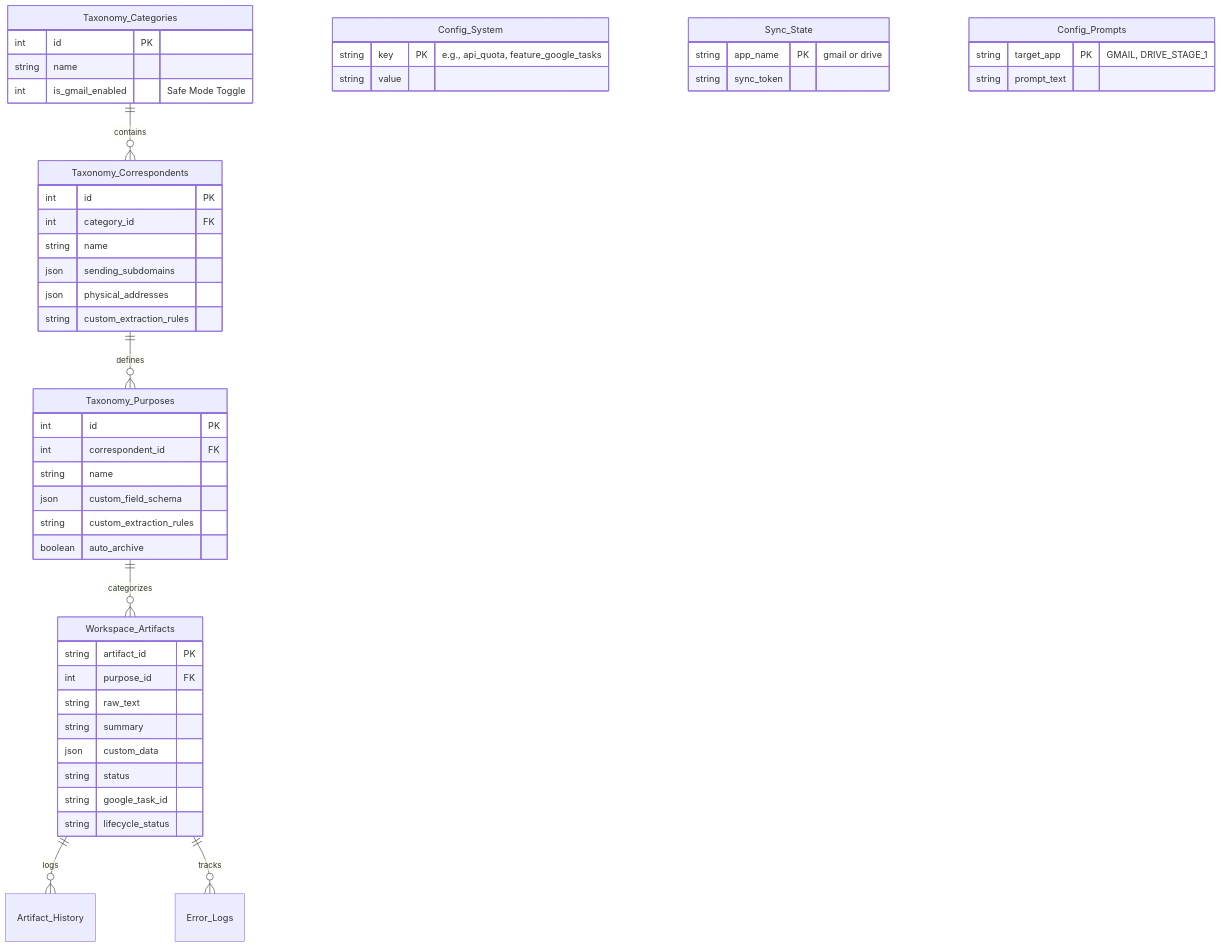
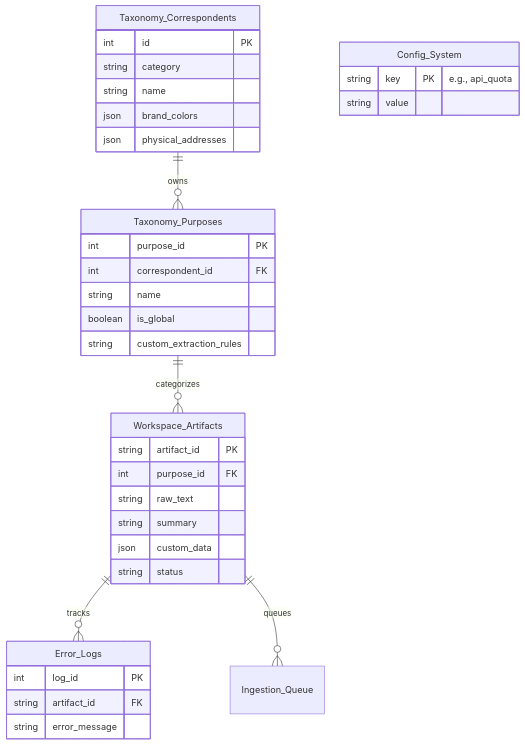
Before and after one commit to FrankXLT/Nexus-Hub-for-Google: the third of 6 diagrams in README.md, drawn with Mermaid. The commit also changed other lines of this file, not shown here.

````diff
--- a/README.md
+++ b/README.md
@@ -198,52 +187,39 @@
 ```mermaid
 erDiagram
-    Taxonomy_Categories ||--o{ Taxonomy_Correspondents : contains
-    Taxonomy_Correspondents ||--o{ Taxonomy_Purposes : defines
     Taxonomy_Purposes ||--o{ Workspace_Artifacts : categorizes
-    Workspace_Artifacts ||--o{ Artifact_History : logs
+    Taxonomy_Correspondents ||--o{ Taxonomy_Purposes : owns
     Workspace_Artifacts ||--o{ Error_Logs : tracks
+    Workspace_Artifacts ||--o{ Ingestion_Queue : queues
 
     Config_System {
-        string key PK "e.g., api_quota, feature_google_tasks"
+        string key PK "e.g., api_quota"
         string value
     }
-    Sync_State {
-        string app_name PK "gmail or drive"
-        string sync_token
-    }
-    Config_Prompts {
-        string target_app PK "GMAIL, DRIVE_STAGE_1"
-        string prompt_text
-    }
-    Taxonomy_Categories {
-        int id PK
-        string name
-        int is_gmail_enabled "Safe Mode Toggle"
+    Error_Logs {
+        int log_id PK
+        string artifact_id FK
+        string error_message
     }
     Taxonomy_Correspondents {
         int id PK
-        int category_id FK
+        string category
         string name
-        json sending_subdomains
+        json brand_colors
         json physical_addresses
-        string custom_extraction_rules
     }
     Taxonomy_Purposes {
-        int id PK
+        int purpose_id PK
         int correspondent_id FK
         string name
-        json custom_field_schema
+        boolean is_global
         string custom_extraction_rules
-        boolean auto_archive
     }
     Workspace_Artifacts {
         string artifact_id PK
         int purpose_id FK
         string raw_text
         string summary
         json custom_data
         string status
-        string google_task_id
-        string lifecycle_status
     }
 ```
````
